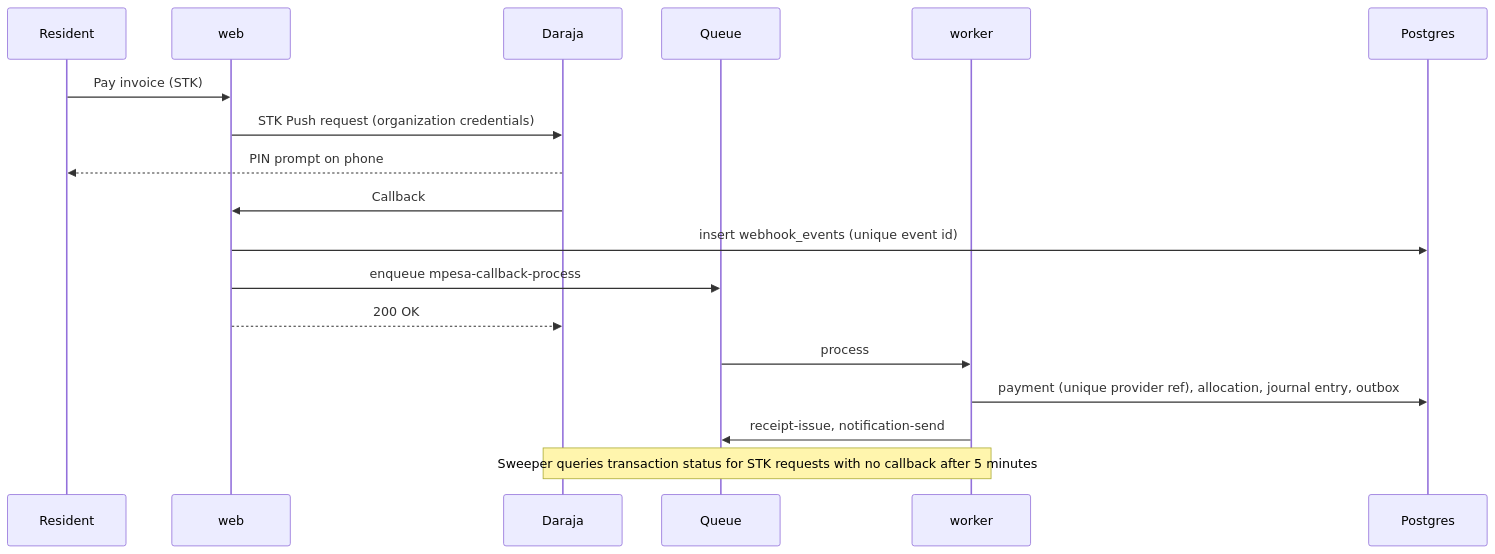
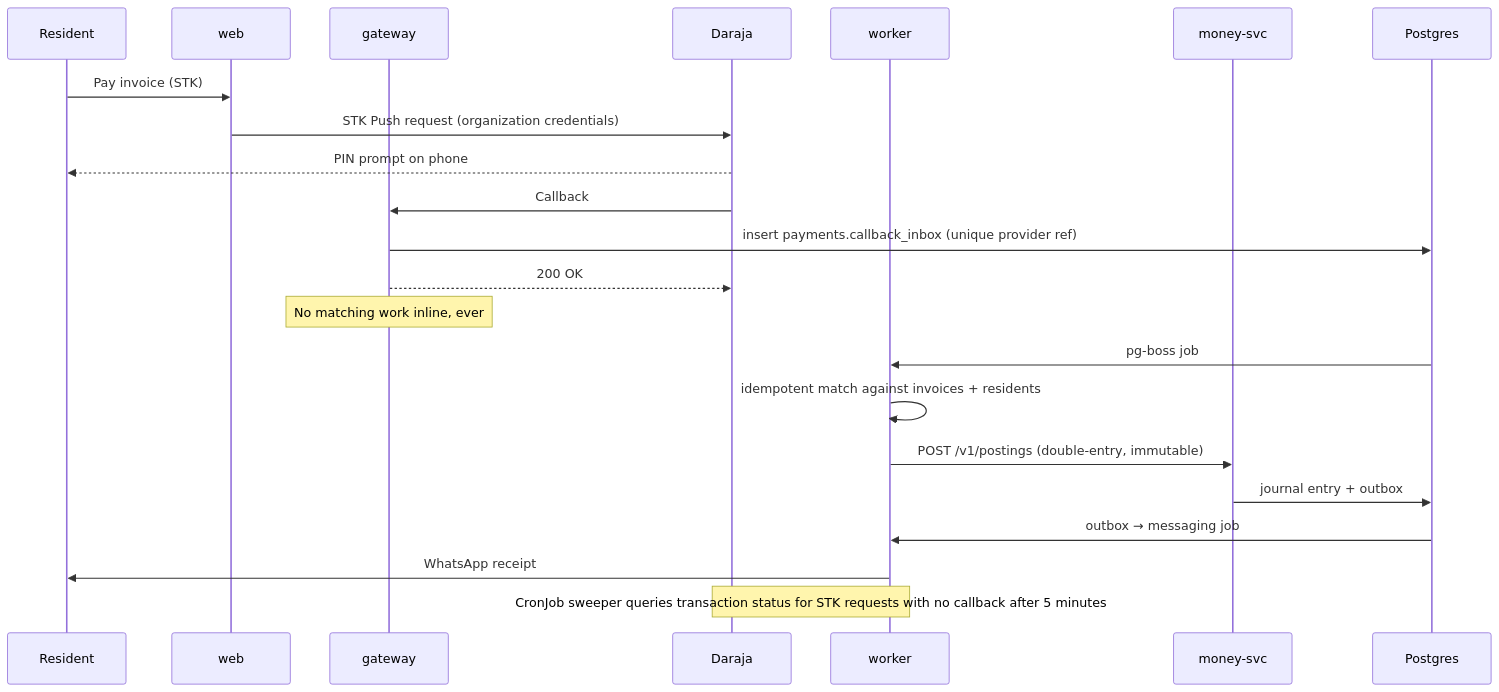
The fourth of 7 diagrams in .docs/ARCHITECTURE.md (simpleHacker0893/ethanel-estate-property-managers), drawn with Mermaid before and after one commit. The commit also changed other lines of this file and 98 other files, not shown here.

````diff
--- a/.docs/ARCHITECTURE.md
+++ b/.docs/ARCHITECTURE.md
@@ -340,20 +410,24 @@
 ```mermaid
 sequenceDiagram
   participant T as Resident
   participant W as web
+  participant G as gateway
   participant D as Daraja
-  participant Q as Queue
   participant K as worker
+  participant M as money-svc
   participant DB as Postgres
   T->>W: Pay invoice (STK)
   W->>D: STK Push request (organization credentials)
   D-->>T: PIN prompt on phone
-  D->>W: Callback
-  W->>DB: insert webhook_events (unique event id)
-  W->>Q: enqueue mpesa-callback-process
-  W-->>D: 200 OK
-  Q->>K: process
-  K->>DB: payment (unique provider ref), allocation, journal entry, outbox
-  K->>Q: receipt-issue, notification-send
-  Note over K,D: Sweeper queries transaction status for STK requests with no callback after 5 minutes
+  D->>G: Callback
+  G->>DB: insert payments.callback_inbox (unique provider ref)
+  G-->>D: 200 OK
+  Note over G: No matching work inline, ever
+  DB->>K: pg-boss job
+  K->>K: idempotent match against invoices + residents
+  K->>M: POST /v1/postings (double-entry, immutable)
+  M->>DB: journal entry + outbox
+  DB->>K: outbox → messaging job
+  K->>T: WhatsApp receipt
+  Note over K,D: CronJob sweeper queries transaction status for STK requests with no callback after 5 minutes
 ```
````
